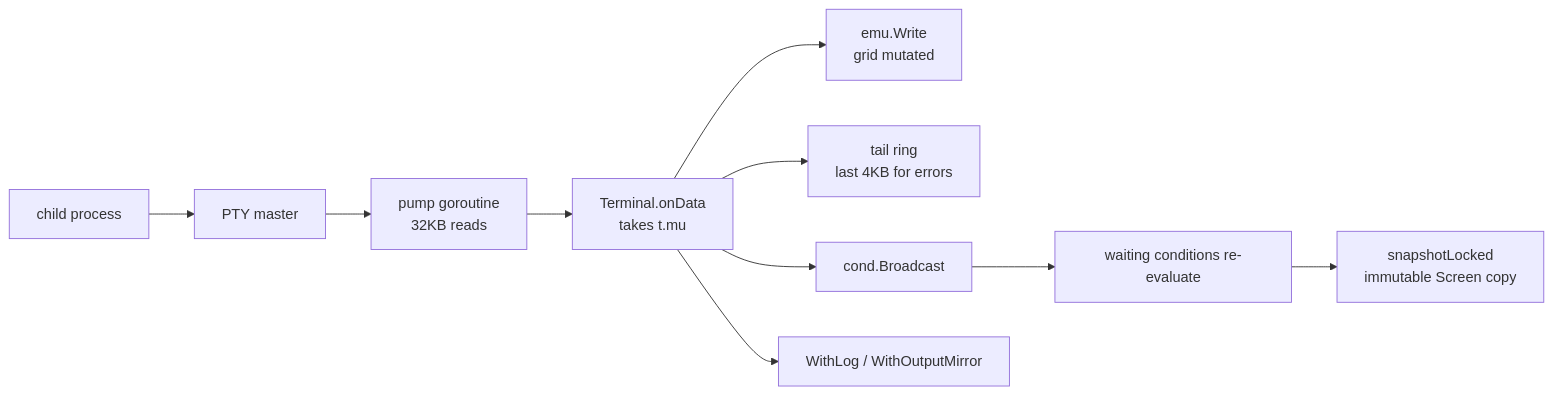
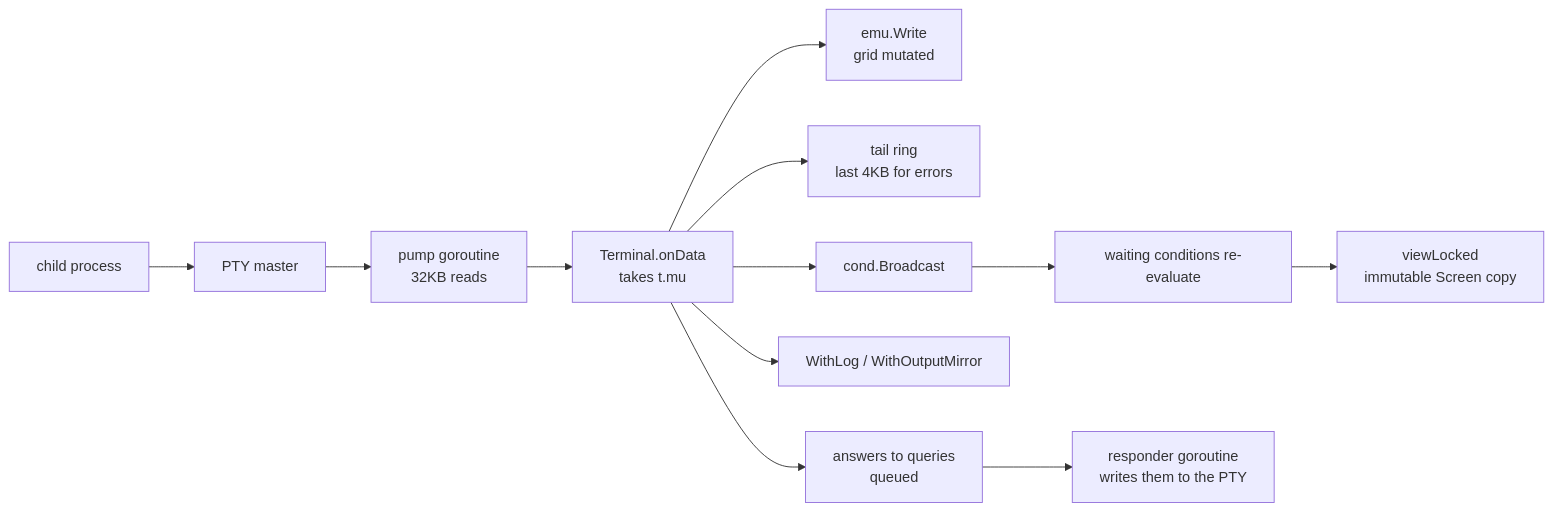
One commit to Gaurav-Gosain/tuitest changed the second of 3 diagrams in docs/architecture.md. Above: the diagram before and after it, drawn with Mermaid. The commit also changed other lines of this file and 3 other files, not shown here.

````diff
--- a/docs/architecture.md
+++ b/docs/architecture.md
@@ -77,12 +77,14 @@
 ```mermaid
 flowchart LR
   CHILD[child process] --> MASTER[PTY master]
   MASTER --> PUMP[pump goroutine<br/>32KB reads]
   PUMP --> LOCK[Terminal.onData<br/>takes t.mu]
   LOCK --> EMUW[emu.Write<br/>grid mutated]
   LOCK --> TAIL[tail ring<br/>last 4KB for errors]
   LOCK --> BCAST[cond.Broadcast]
   BCAST --> WAIT[waiting conditions re-evaluate]
   LOCK --> MIRROR[WithLog / WithOutputMirror]
-  WAIT --> SNAP[snapshotLocked<br/>immutable Screen copy]
+  LOCK --> RESPQ[answers to queries<br/>queued]
+  RESPQ --> RESP[responder goroutine<br/>writes them to the PTY]
+  WAIT --> SNAP[viewLocked<br/>immutable Screen copy]
 ```
````
